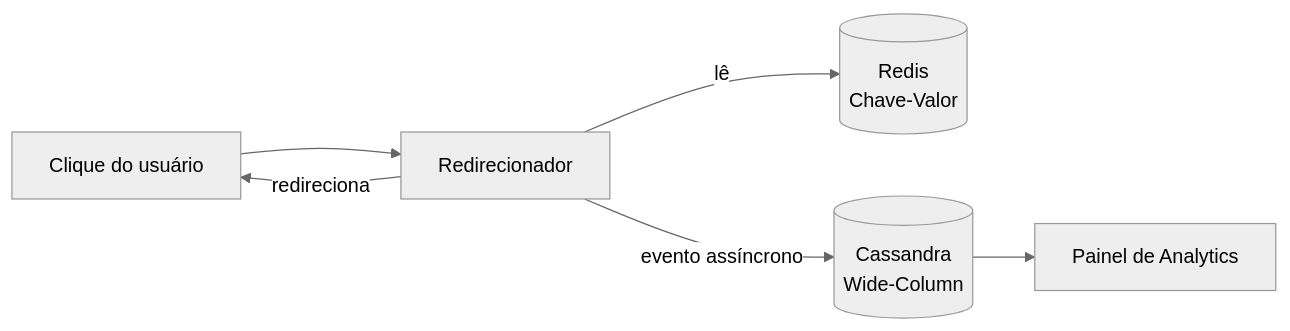
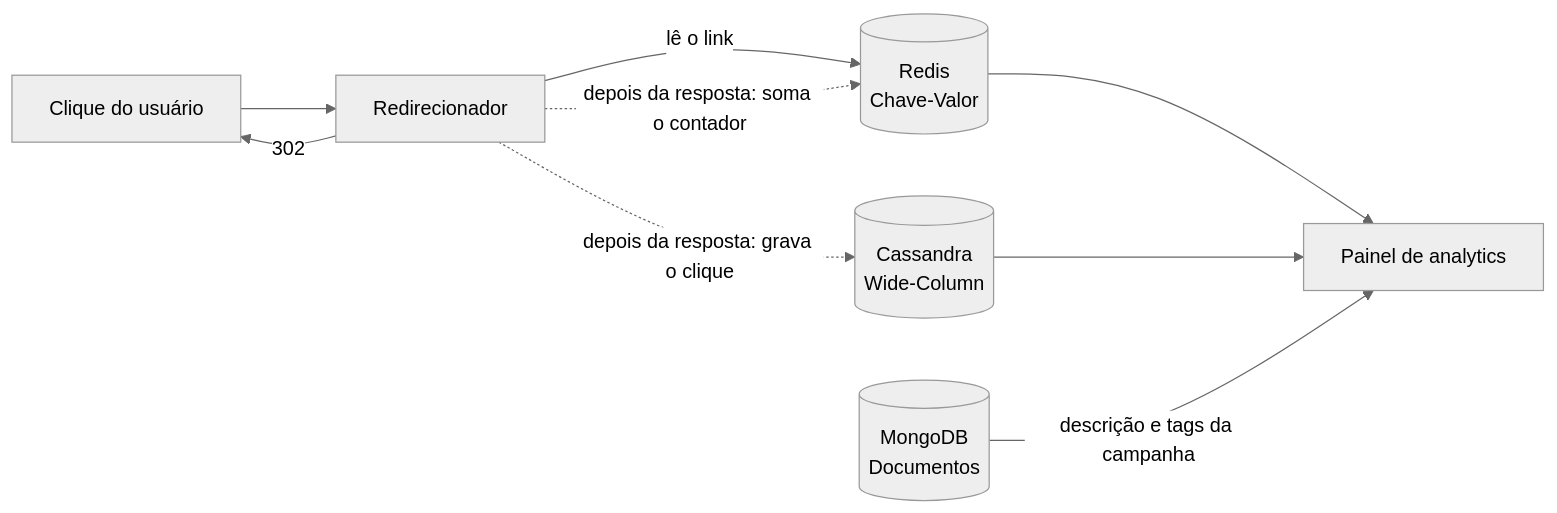
The diagram in README.md (BudaBecker/link-pulse), drawn with Mermaid (neutral theme) before and after one commit. The commit also changed other lines of this file and 9 other files, not shown here.

````diff
--- a/README.md
+++ b/README.md
@@ -14,8 +34,11 @@
 ```mermaid
 flowchart LR
     U[Clique do usuário] --> RD[Redirecionador]
-    RD -->|lê| KV[("Redis\nChave-Valor")]
-    RD -->|redireciona| U
-    RD -->|evento assíncrono| WC[("Cassandra\nWide-Column")]
-    WC --> DASH[Painel de Analytics]
+    RD -->|lê o link| KV[("Redis\nChave-Valor")]
+    RD -->|302| U
+    RD -.->|depois da resposta: soma o contador| KV
+    RD -.->|depois da resposta: grava o clique| WC[("Cassandra\nWide-Column")]
+    KV --> DASH[Painel de analytics]
+    WC --> DASH
+    CAMP[("MongoDB\nDocumentos")] -->|descrição e tags da campanha| DASH
 ```
````
